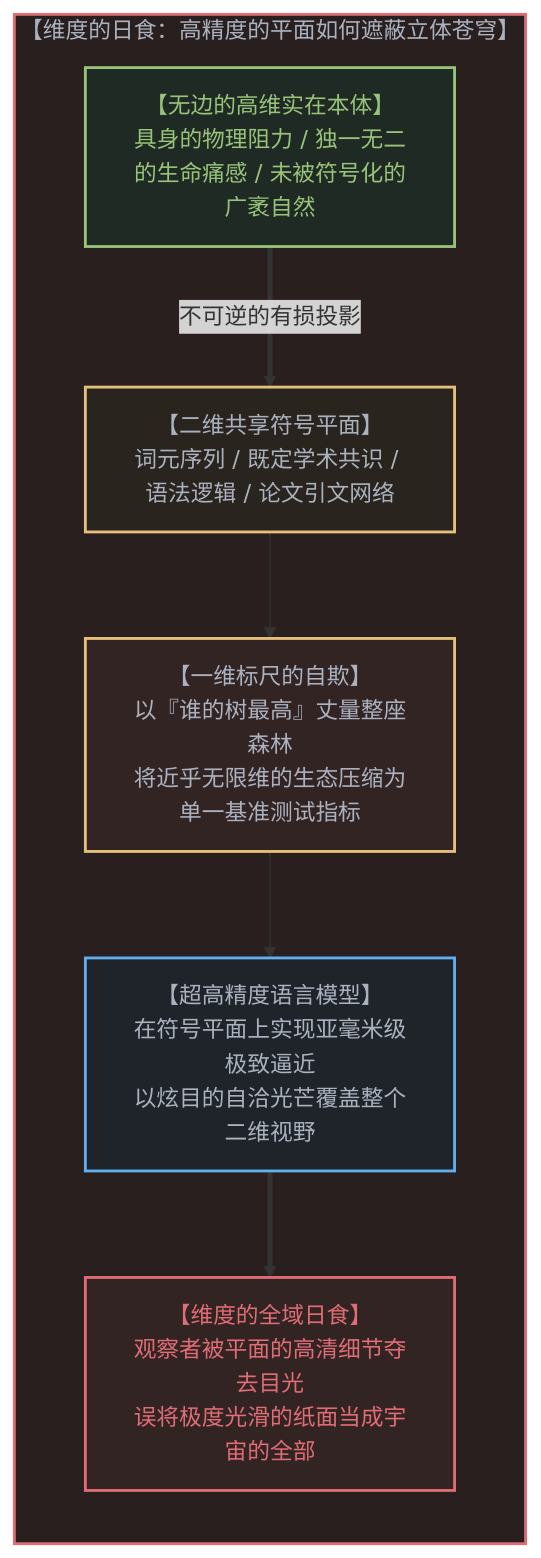
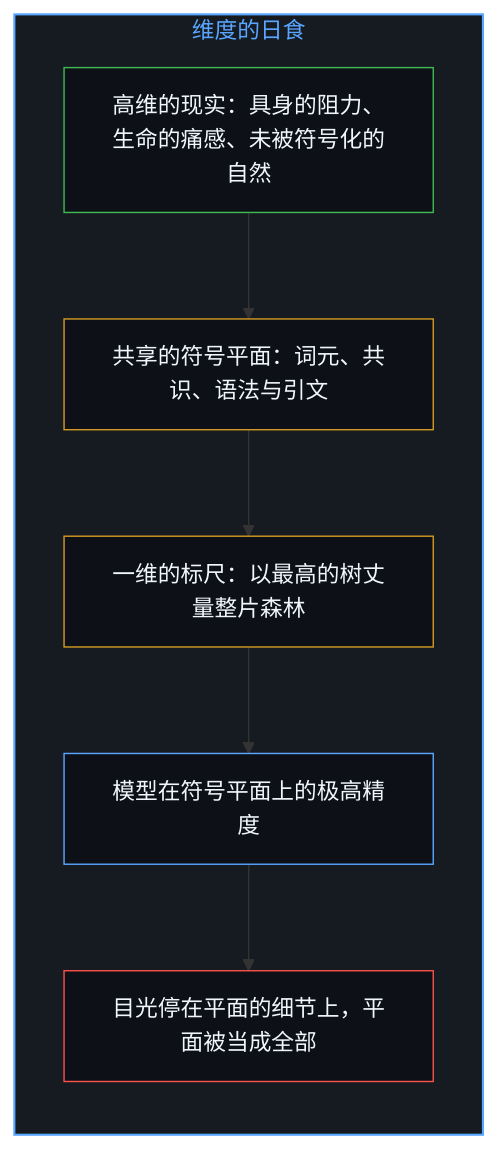
One commit to powerpig99/not-a-toe changed the fifth of 10 diagrams in content/posts/the-sovereign-blinding.md. Above: the diagram before and after it, drawn with Mermaid. The commit also changed other lines of this file and 2 other files, not shown here.

Commit message:
Refine the-sovereign-blinding: alternating bilingual layout, five paired diagrams, the scholar unnamed in both languages, implicit first person

````diff
--- a/content/posts/the-sovereign-blinding.md
+++ b/content/posts/the-sovereign-blinding.md
@@ -183,27 +141,22 @@
 ```mermaid
-graph TD
-    subgraph DimensionalEclipse["【维度的日食：高精度的平面如何遮蔽立体苍穹】"]
+flowchart TD
+    subgraph S_Eclipse["维度的日食"]
         direction TB
-        HighDimReality["【无边的高维实在本体】<br>具身的物理阻力 / 独一无二的生命痛感 / 未被符号化的广袤自然"]
-
-        LowDimProjection["【二维共享符号平面】<br>词元序列 / 既定学术共识 / 语法逻辑 / 论文引文网络"]
-        
-        TreeMetric["【一维标尺的自欺】<br>以『谁的树最高』丈量整座森林<br>将近乎无限维的生态压缩为单一基准测试指标"]
-
-        LLMPrecision["【超高精度语言模型】<br>在符号平面上实现亚毫米级极致逼近<br>以炫目的自洽光芒覆盖整个二维视野"]
-        
-        EclipseBlindness["【维度的全域日食】<br>观察者被平面的高清细节夺去目光<br>误将极度光滑的纸面当成宇宙的全部"]
-
-        HighDimReality ==>|"不可逆的有损投影"| LowDimProjection
-        LowDimProjection --> TreeMetric
-        TreeMetric --> LLMPrecision
-        LLMPrecision ==> EclipseBlindness
+        High["高维的现实：具身的阻力、生命的痛感、未被符号化的自然"]
+        Plane["共享的符号平面：词元、共识、语法与引文"]
+        Ruler["一维的标尺：以最高的树丈量整片森林"]
+        Precise["模型在符号平面上的极高精度"]
+        Covered["目光停在平面的细节上，平面被当成全部"]
+        High --> Plane
+        Plane --> Ruler
+        Ruler --> Precise
+        Precise --> Covered
     end
 
-    style DimensionalEclipse fill:#2a1f1f,stroke:#e06c75,stroke-width:2px,color:#abb2bf
-    style HighDimReality fill:#1f2a24,stroke:#98c379,stroke-width:2px,color:#98c379
-    style LowDimProjection fill:#2a241f,stroke:#e5c07b,stroke-width:2px,color:#abb2bf
-    style TreeMetric fill:#332424,stroke:#e5c07b,stroke-width:2px,color:#abb2bf
-    style LLMPrecision fill:#1f242a,stroke:#61afef,stroke-width:2px,color:#abb2bf
-    style EclipseBlindness fill:#332424,stroke:#e06c75,stroke-width:2px,color:#e06c75
+    style S_Eclipse fill:#161b22,stroke:#58a6ff,stroke-width:1.5px,color:#58a6ff
+    style High fill:#0d1117,stroke:#3fb950,stroke-width:1px,color:#f0f6fc
+    style Plane fill:#0d1117,stroke:#d29922,stroke-width:1px,color:#f0f6fc
+    style Ruler fill:#0d1117,stroke:#d29922,stroke-width:1px,color:#f0f6fc
+    style Precise fill:#0d1117,stroke:#58a6ff,stroke-width:1px,color:#f0f6fc
+    style Covered fill:#0d1117,stroke:#f85149,stroke-width:1px,color:#f0f6fc
 ```
````
